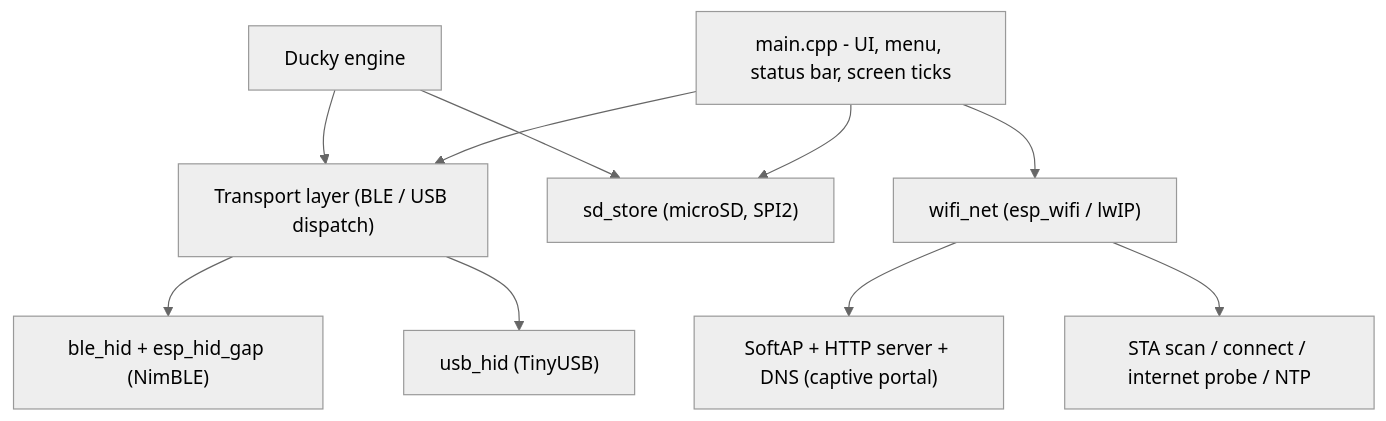
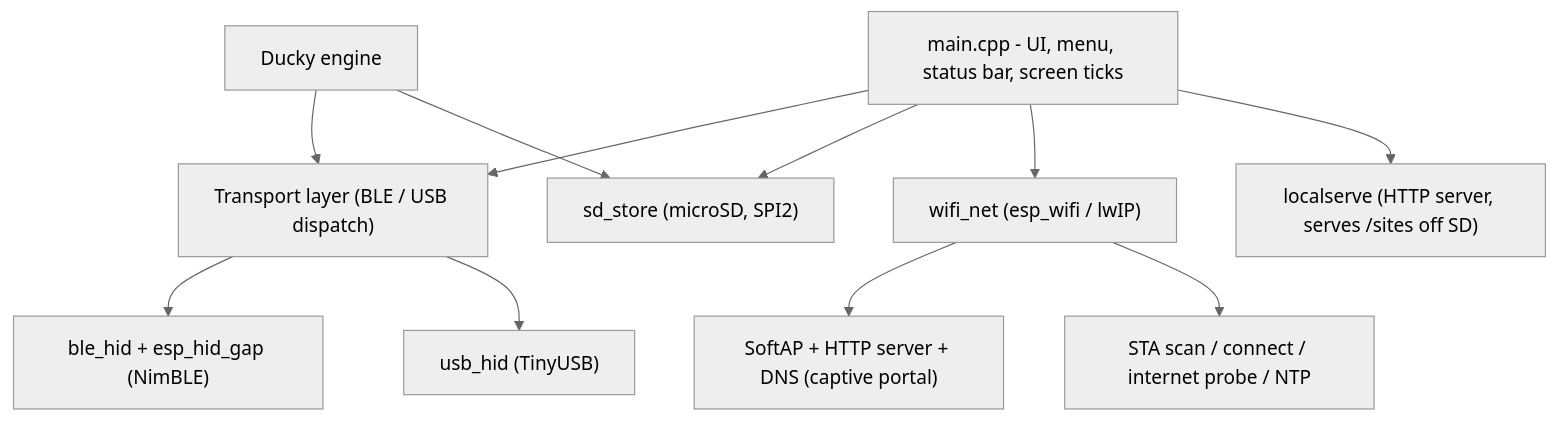
Before and after one commit to nikhilsaps/Nexus: the diagram in README.md, drawn with Mermaid (neutral theme). The commit also changed other lines of this file and 5 other files, not shown here.

````diff
--- a/README.md
+++ b/README.md
@@ -150,13 +171,14 @@
 ```mermaid
 flowchart TD
     UI["main.cpp - UI, menu, status bar, screen ticks"]
     UI --> HID["Transport layer (BLE / USB dispatch)"]
     HID --> BLE["ble_hid + esp_hid_gap (NimBLE)"]
     HID --> USB["usb_hid (TinyUSB)"]
     UI --> SD["sd_store (microSD, SPI2)"]
     UI --> WIFI["wifi_net (esp_wifi / lwIP)"]
     WIFI --> AP["SoftAP + HTTP server + DNS (captive portal)"]
     WIFI --> STA["STA scan / connect / internet probe / NTP"]
+    UI --> LS["localserve (HTTP server, serves /sites off SD)"]
     DUCK["Ducky engine"] --> HID
     DUCK --> SD
 ```
````
